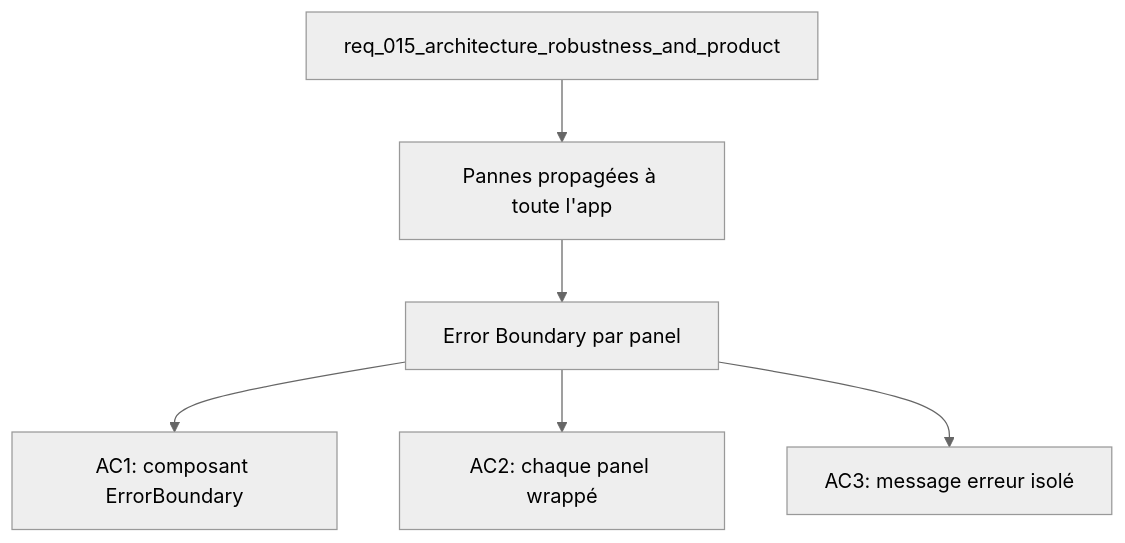
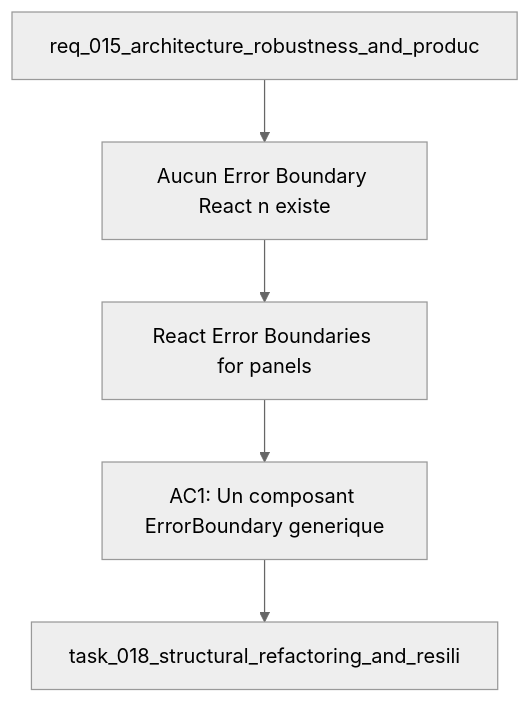
One commit to AlexAgo83/deepvault changed the diagram in logics/backlog/item_048_react_error_boundaries_for_panels.md. Above: the diagram before and after it, drawn with Mermaid (neutral theme). The commit also changed 57 other files, not shown here.

````diff
--- a/logics/backlog/item_048_react_error_boundaries_for_panels.md
+++ b/logics/backlog/item_048_react_error_boundaries_for_panels.md
@@ -21,10 +21,9 @@
 ```mermaid
 %% logics-kind: backlog
 %% logics-signature: backlog|react-error-boundaries-for-panels|req-015-architecture-robustness-and-prod|aucun-error-boundary-react-n-existe|ac1-un-composant-errorboundary-generique
 flowchart TD
-    Request[req_015_architecture_robustness_and_product] --> Problem[Pannes propagées à toute l'app]
-    Problem --> Scope[Error Boundary par panel]
-    Scope --> AC1[AC1: composant ErrorBoundary]
-    Scope --> AC2[AC2: chaque panel wrappé]
-    Scope --> AC3[AC3: message erreur isolé]
+    Request[req_015_architecture_robustness_and_produc] --> Problem[Aucun Error Boundary React n existe]
+    Problem --> Scope[React Error Boundaries for panels]
+    Scope --> Acceptance[AC1: Un composant ErrorBoundary generique]
+    Acceptance --> Tasks[task_018_structural_refactoring_and_resili]
 ```
````
